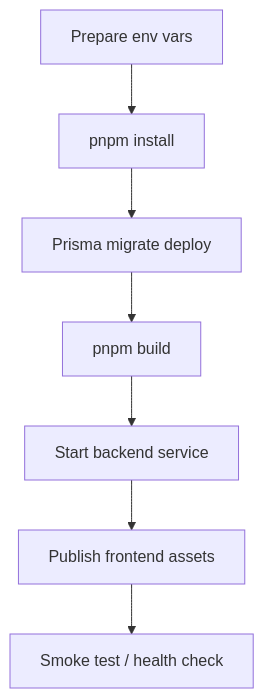
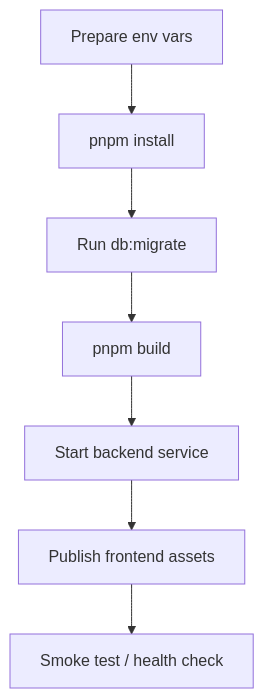
One commit to Lazy-Hand/casbin-admin-turbo changed the diagram in docs/deployment.md. Above: the diagram before and after it, drawn with Mermaid. The commit also changed other lines of this file and 120 other files, not shown here.

Commit message:
refactor: migrate user service from Prisma to Drizzle ORM, update pagination handling and remove unused base repository

````diff
--- a/docs/deployment.md
+++ b/docs/deployment.md
@@ -5,17 +5,17 @@
 ```mermaid
 flowchart TD
     PREP["Prepare env vars"]
     INSTALL["pnpm install"]
-    MIGRATE["Prisma migrate deploy"]
+    MIGRATE["Run db:migrate"]
     BUILD["pnpm build"]
     START_BE["Start backend service"]
     PUBLISH_FE["Publish frontend assets"]
     VERIFY["Smoke test / health check"]
 
     PREP --> INSTALL
     INSTALL --> MIGRATE
     MIGRATE --> BUILD
     BUILD --> START_BE
     START_BE --> PUBLISH_FE
     PUBLISH_FE --> VERIFY
 ```
````
